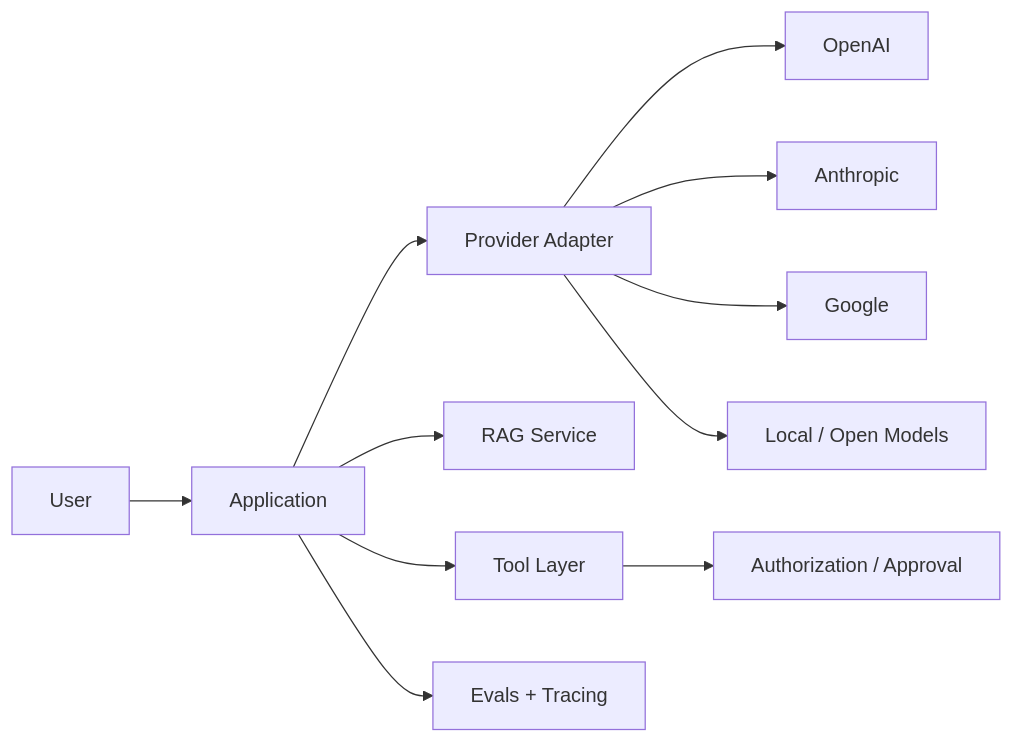
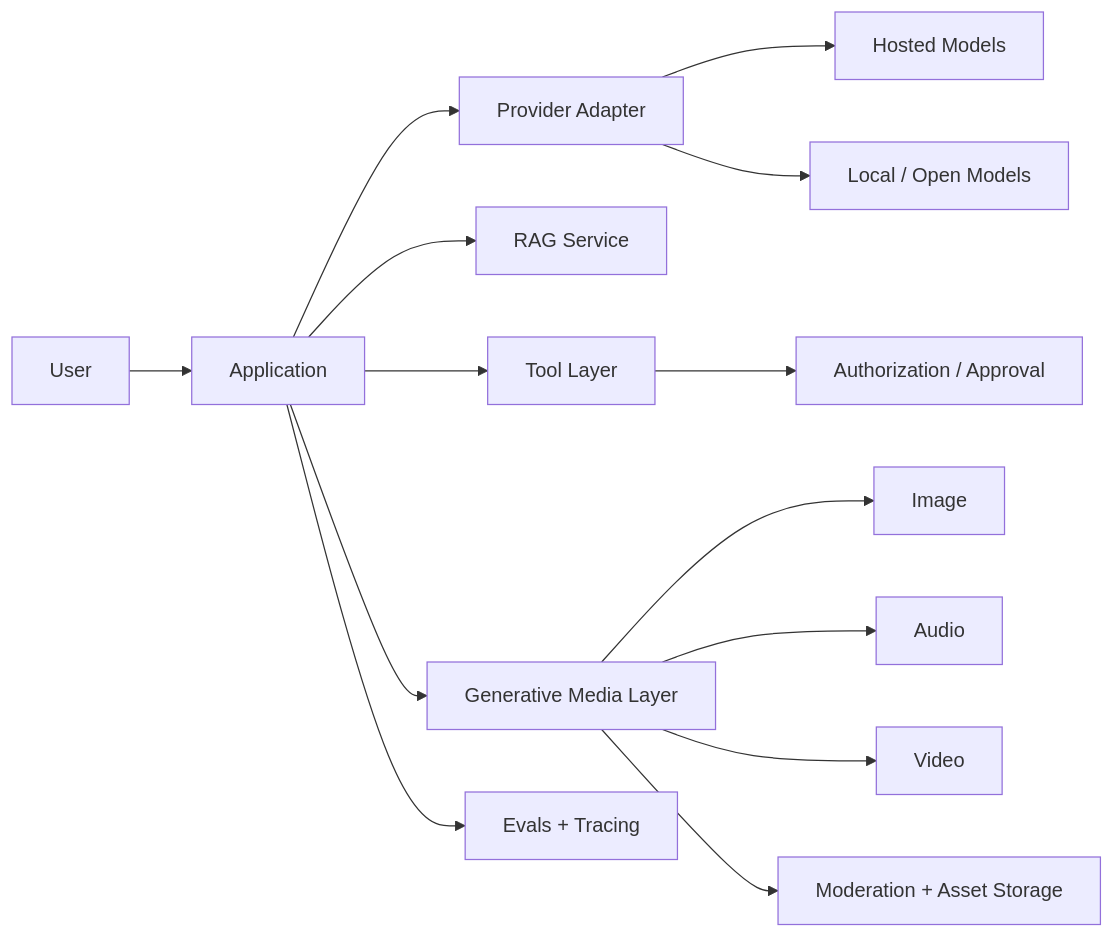
Before and after one commit to salman0butt/handbook: the diagram in docs/ai-engineering/intro.md, drawn with Mermaid. The commit also changed other lines of this file, not shown here.

Commit message:
docs(ai): add generative AI track to handbook path

````diff
--- a/docs/ai-engineering/intro.md
+++ b/docs/ai-engineering/intro.md
@@ -49,13 +53,16 @@
 ```mermaid
 flowchart LR
   U[User] --> A[Application]
   A --> P[Provider Adapter]
-  P --> O[OpenAI]
-  P --> H[Anthropic]
-  P --> G[Google]
+  P --> O[Hosted Models]
   P --> L[Local / Open Models]
   A --> R[RAG Service]
   A --> T[Tool Layer]
+  A --> M[Generative Media Layer]
+  M --> I[Image]
+  M --> AU[Audio]
+  M --> V[Video]
   A --> E[Evals + Tracing]
   T --> Z[Authorization / Approval]
+  M --> S[Moderation + Asset Storage]
 ```
````
